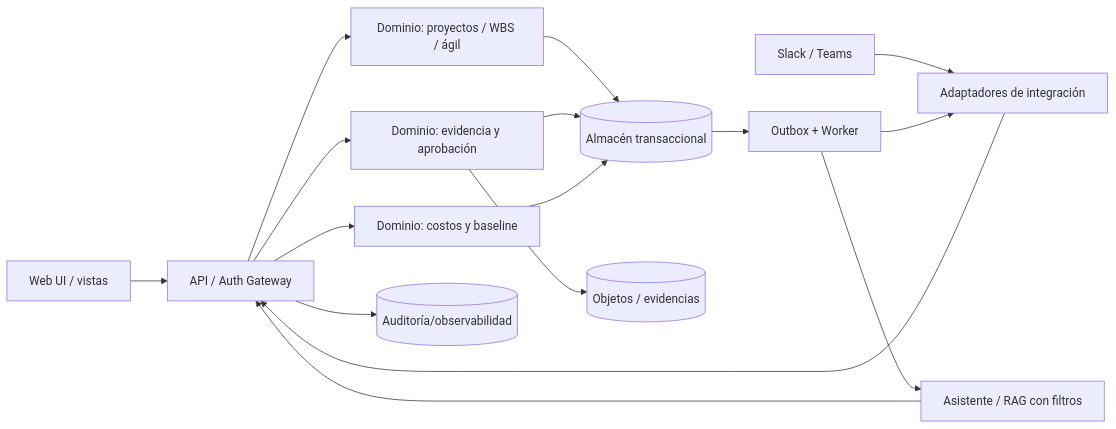
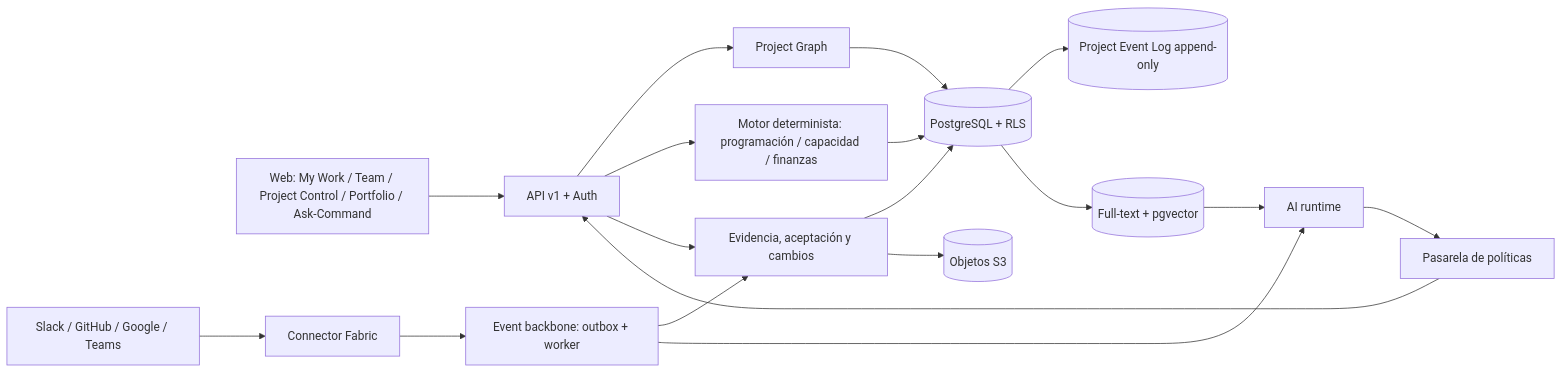
One commit to Abraham2106/alaira-planner changed the diagram in docs/architecture/ARCHITECTURE.md. Above: the diagram before and after it, drawn with Mermaid. The commit also changed other lines of this file and 47 other files, not shown here.

````diff
--- a/docs/architecture/ARCHITECTURE.md
+++ b/docs/architecture/ARCHITECTURE.md
@@ -13,18 +18,20 @@
 ```mermaid
 flowchart LR
- UI[Web UI / vistas] --> G[API / Auth Gateway]
- BOT[Slack / Teams] --> I[Adaptadores de integración]
- I --> G
- G --> D[Dominio: proyectos / WBS / ágil]
- G --> A[Dominio: evidencia y aprobación]
- G --> F[Dominio: costos y baseline]
- D --> DB[(Almacén transaccional)]
- A --> DB
- F --> DB
- A --> OBJ[(Objetos / evidencias)]
- DB --> O[Outbox + Worker]
- O --> I
- O --> AI[Asistente / RAG con filtros]
- AI --> G
- G --> AUD[(Auditoría/observabilidad)]
+ UI[Web: My Work / Team / Project Control / Portfolio / Ask-Command] --> G[API v1 + Auth]
+ EXT[Slack / GitHub / Google / Teams] --> CF[Connector Fabric]
+ CF --> EB[Event backbone: outbox + worker]
+ G --> PG[Project Graph]
+ G --> EN[Motor determinista: programación / capacidad / finanzas]
+ G --> EV[Evidencia, aceptación y cambios]
+ EB --> EV
+ EB --> AIR[AI runtime]
+ AIR --> PEP[Pasarela de políticas]
+ PEP --> G
+ PG --> DB[(PostgreSQL + RLS)]
+ EN --> DB
+ EV --> DB
+ EV --> OBJ[(Objetos S3)]
+ DB --> LOG[(Project Event Log append-only)]
+ DB --> IDX[(Full-text + pgvector)]
+ IDX --> AIR
 ```
````
